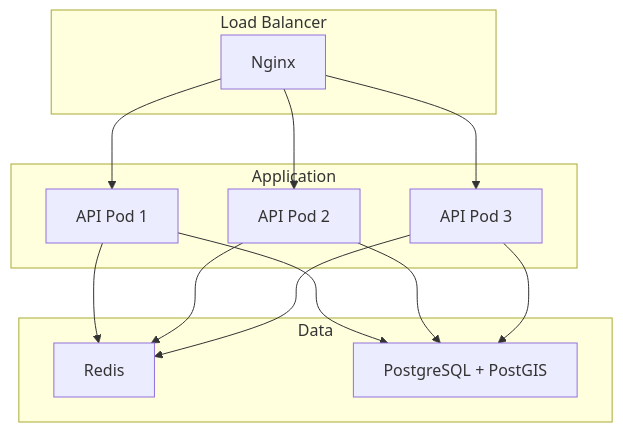
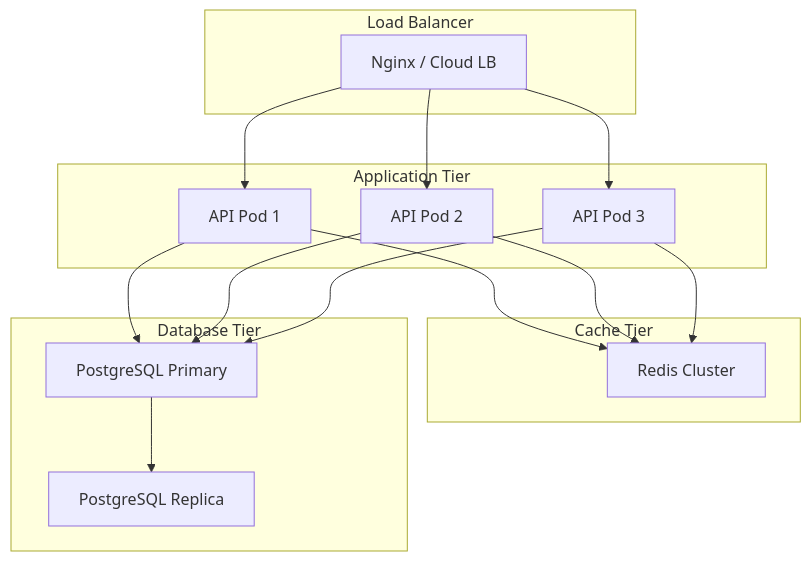
One commit to ucid-foundation/ucid changed the seventh of 9 diagrams in ARCHITECTURE.md. Above: the diagram before and after it, drawn with Mermaid. The commit also changed other lines of this file and 174 other files, not shown here.

````diff
--- a/ARCHITECTURE.md
+++ b/ARCHITECTURE.md
@@ -352,27 +543,32 @@
 ```mermaid
 graph TB
     subgraph "Load Balancer"
-        LB[Nginx]
+        LB[Nginx / Cloud LB]
     end
-    
-    subgraph "Application"
+
+    subgraph "Application Tier"
         API1[API Pod 1]
         API2[API Pod 2]
         API3[API Pod 3]
     end
-    
-    subgraph "Data"
-        Redis[Redis]
-        PostgreSQL[PostgreSQL + PostGIS]
+
+    subgraph "Cache Tier"
+        Redis[Redis Cluster]
     end
-    
+
+    subgraph "Database Tier"
+        PG_Primary[PostgreSQL Primary]
+        PG_Replica[PostgreSQL Replica]
+    end
+
     LB --> API1
     LB --> API2
     LB --> API3
     API1 --> Redis
     API2 --> Redis
     API3 --> Redis
-    API1 --> PostgreSQL
-    API2 --> PostgreSQL
-    API3 --> PostgreSQL
+    API1 --> PG_Primary
+    API2 --> PG_Primary
+    API3 --> PG_Primary
+    PG_Primary --> PG_Replica
 ```
````
